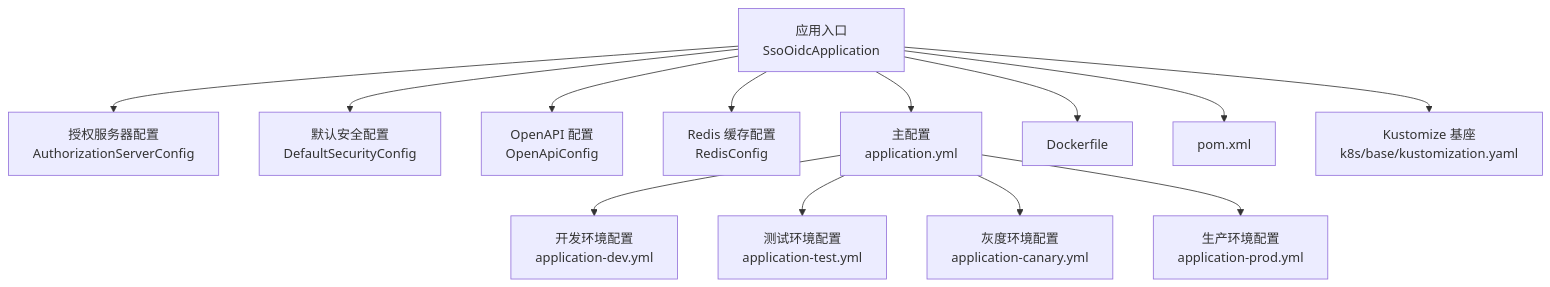
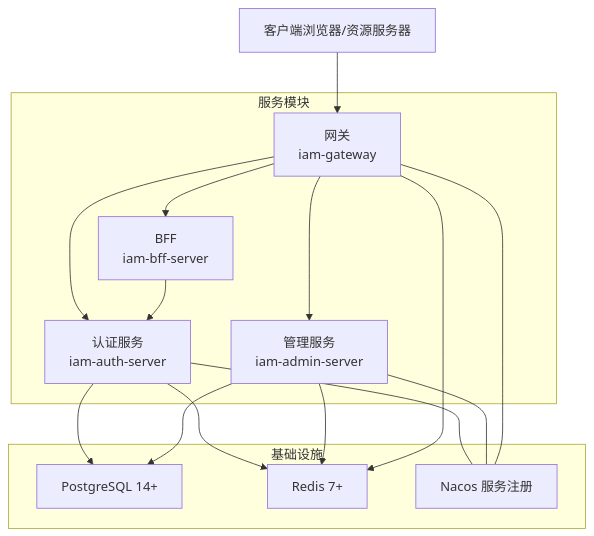
Before and after one commit to fq0121104930716/iam-platform: the first of 5 diagrams in .qoder/repowiki/zh/content/快速开始.md, drawn with Mermaid. The commit also changed other lines of this file and 222 other files, not shown here.

````diff
--- a/.qoder/repowiki/zh/content/快速开始.md
+++ b/.qoder/repowiki/zh/content/快速开始.md
@@ -48,15 +50,27 @@
 ```mermaid
 graph TB
-A["应用入口<br/>SsoOidcApplication"] --> B["授权服务器配置<br/>AuthorizationServerConfig"]
-A --> C["默认安全配置<br/>DefaultSecurityConfig"]
-A --> D["OpenAPI 配置<br/>OpenApiConfig"]
-A --> E["Redis 缓存配置<br/>RedisConfig"]
-A --> F["主配置<br/>application.yml"]
-F --> G["开发环境配置<br/>application-dev.yml"]
-F --> H["测试环境配置<br/>application-test.yml"]
-F --> I["灰度环境配置<br/>application-canary.yml"]
-F --> J["生产环境配置<br/>application-prod.yml"]
-A --> K["Dockerfile"]
-A --> L["pom.xml"]
-A --> M["Kustomize 基座<br/>k8s/base/kustomization.yaml"]
+subgraph "服务模块"
+AUTH["认证服务<br/>iam-auth-server"]
+ADMIN["管理服务<br/>iam-admin-server"]
+GW["网关<br/>iam-gateway"]
+BFF["BFF<br/>iam-bff-server"]
+end
+subgraph "基础设施"
+PG["PostgreSQL 14+"]
+RD["Redis 7+"]
+NC["Nacos 服务注册"]
+end
+CLIENT["客户端浏览器/资源服务器"] --> GW
+GW --> AUTH
+GW --> ADMIN
+GW --> BFF
+AUTH --> PG
+ADMIN --> PG
+BFF --> AUTH
+AUTH --> RD
+ADMIN --> RD
+GW --> RD
+AUTH --- NC
+ADMIN --- NC
+GW --- NC
 ```
````
